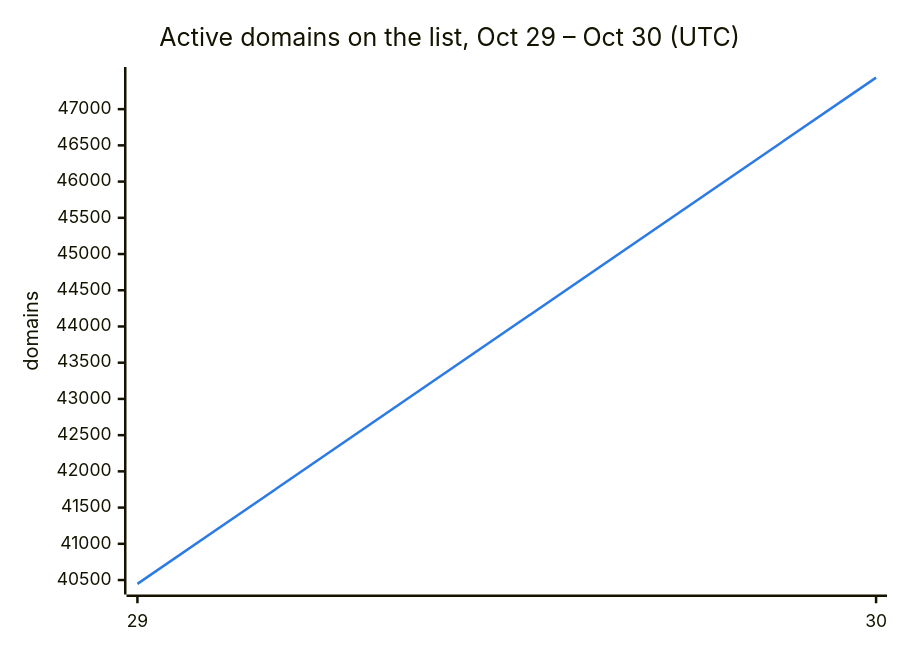
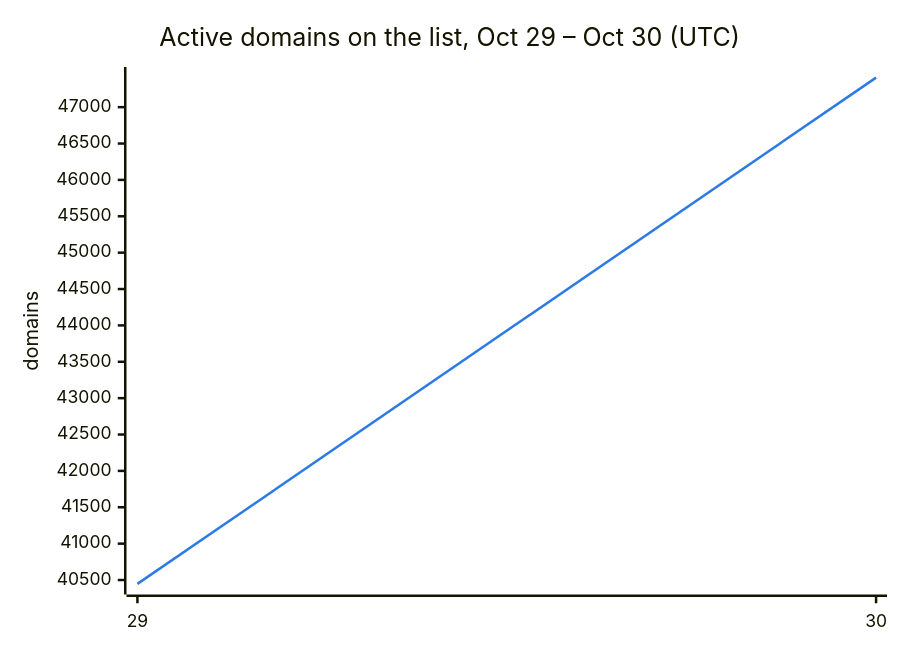
One commit to DNSBunker/CTI changed the second of 3 diagrams in README.md. Above: the diagram before and after it, drawn with Mermaid. The commit also changed other lines of this file and 3 other files, not shown here.

````diff
--- a/README.md
+++ b/README.md
@@ -38,8 +38,8 @@
 ```mermaid
 %%{init: {"themeVariables": {"xyChart": {"plotColorPalette": "#2c7be5"}}}}%%
 xychart-beta
     title "Active domains on the list, Oct 29 – Oct 30 (UTC)"
     x-axis ["29", "30"]
     y-axis "domains"
-    line [40447, 47435]
+    line [40447, 47406]
 ```
````
